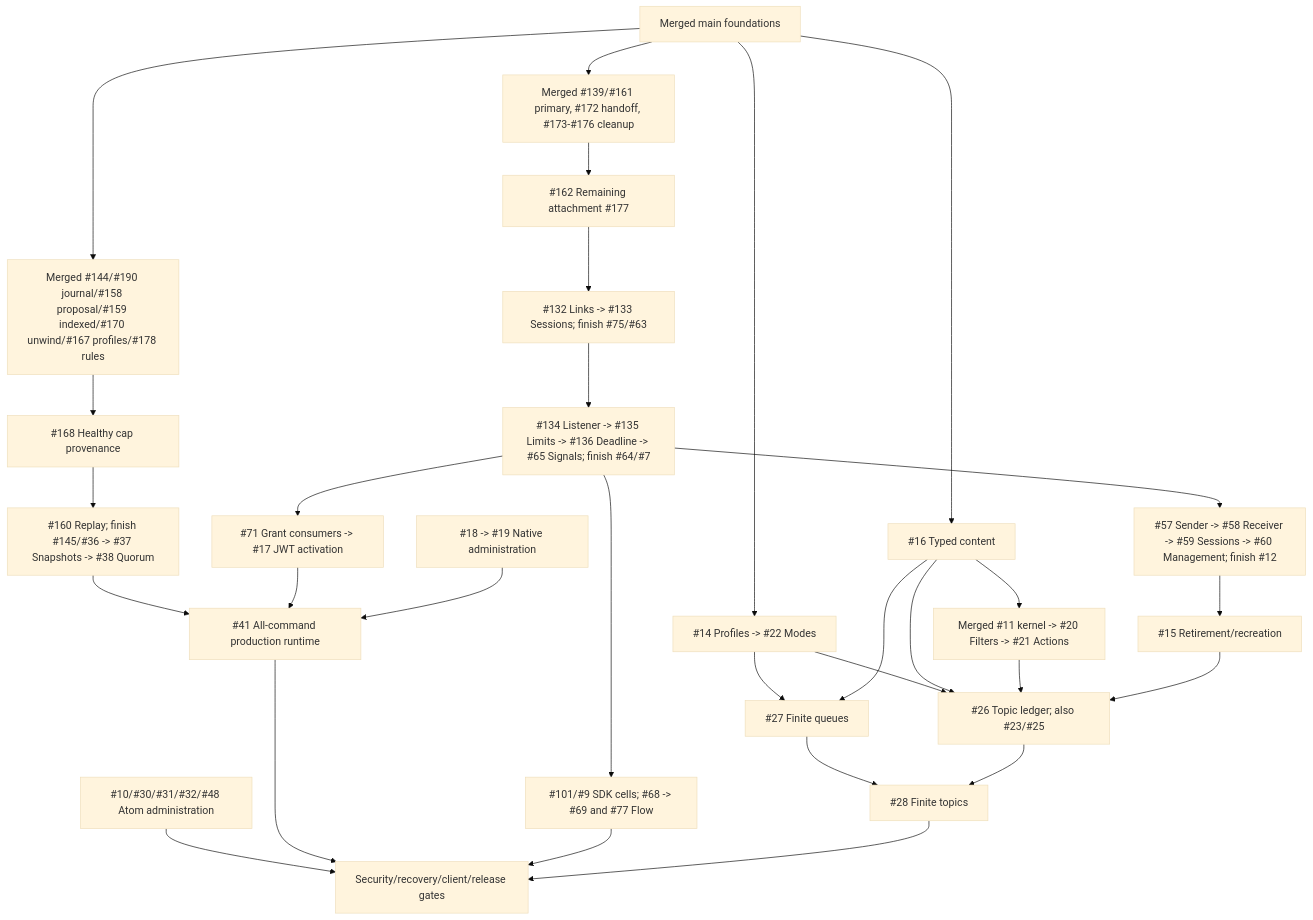
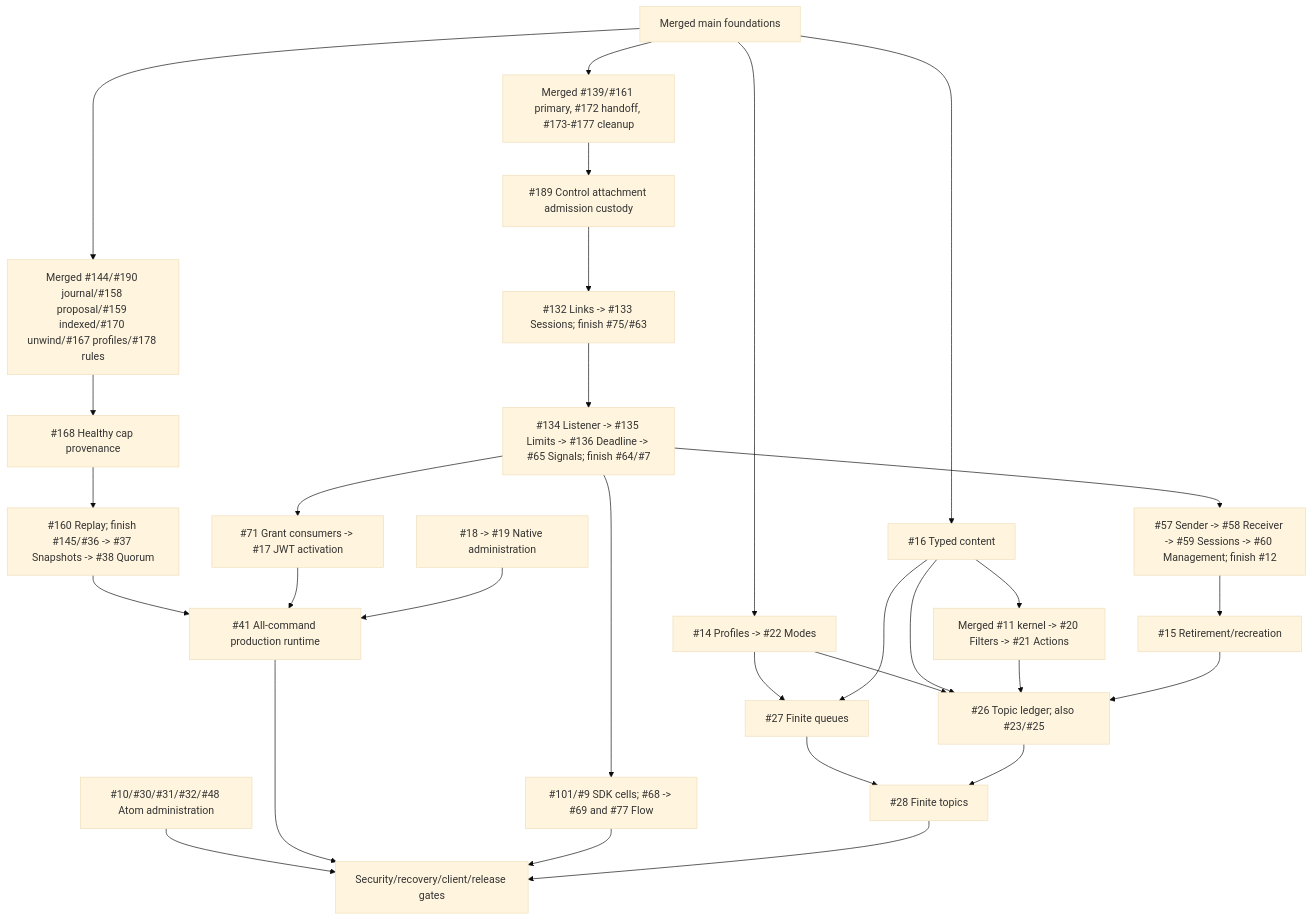
Before and after one commit to DeandreT/switchyard: the diagram in docs/roadmap.md, drawn with Mermaid (base theme). The commit also changed other lines of this file and 5 other files, not shown here.

Commit message:
fix(protocol-amqp): notify newly retained attachment cleanup faults

````diff
--- a/docs/roadmap.md
+++ b/docs/roadmap.md
@@ -53,32 +53,32 @@
 ```mermaid
 flowchart TD
-    Main["Merged main foundations"] --> Lifecycle["Merged #139/#161 primary, #172 handoff, #173-#176 cleanup"]
-    Lifecycle --> Cleanup["#162 Remaining attachment #177"]
-    Cleanup --> Families["#132 Links -> #133 Sessions; finish #75/#63"]
+    Main["Merged main foundations"] --> Lifecycle["Merged #139/#161 primary, #172 handoff, #173-#177 cleanup"]
+    Lifecycle --> Control["#189 Control attachment admission custody"]
+    Control --> Families["#132 Links -> #133 Sessions; finish #75/#63"]
     Families --> Shutdown["#134 Listener -> #135 Limits -> #136 Deadline -> #65 Signals; finish #64/#7"]
     Shutdown --> Authority["#57 Sender -> #58 Receiver -> #59 Sessions -> #60 Management; finish #12"]
     Authority --> Delete["#15 Retirement/recreation"]
     Shutdown --> Grants["#71 Grant consumers -> #17 JWT activation"]
     Shutdown --> Clients["#101/#9 SDK cells; #68 -> #69 and #77 Flow"]
     Main --> Profiles["#14 Profiles -> #22 Modes"]
     Main --> Content["#16 Typed content"]
     Content --> Rules["Merged #11 kernel -> #20 Filters -> #21 Actions"]
     Profiles --> Queues["#27 Finite queues"]
     Content --> Queues
     Profiles --> Ledger["#26 Topic ledger; also #23/#25"]
     Content --> Ledger
     Rules --> Ledger
     Delete --> Ledger
     Queues --> Topics["#28 Finite topics"]
     Ledger --> Topics
     Main --> Durable["Merged #144/#190 journal/#158 proposal/#159 indexed/#170 unwind/#167 profiles/#178 rules"]
     Durable --> Integrity["#168 Healthy cap provenance"]
     Integrity --> Replay["#160 Replay; finish #145/#36 -> #37 Snapshots -> #38 Quorum"]
     Replay --> Runtime["#41 All-command production runtime"]
     Grants --> Runtime
     Native["#18 -> #19 Native administration"] --> Runtime
     Atom["#10/#30/#31/#32/#48 Atom administration"] --> Gates["Security/recovery/client/release gates"]
     Runtime --> Gates
     Clients --> Gates
     Topics --> Gates
 ```
````
